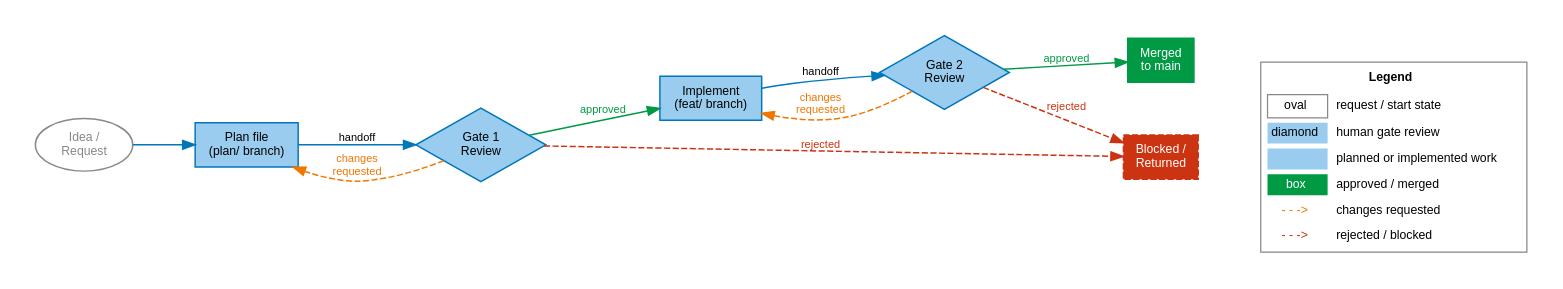
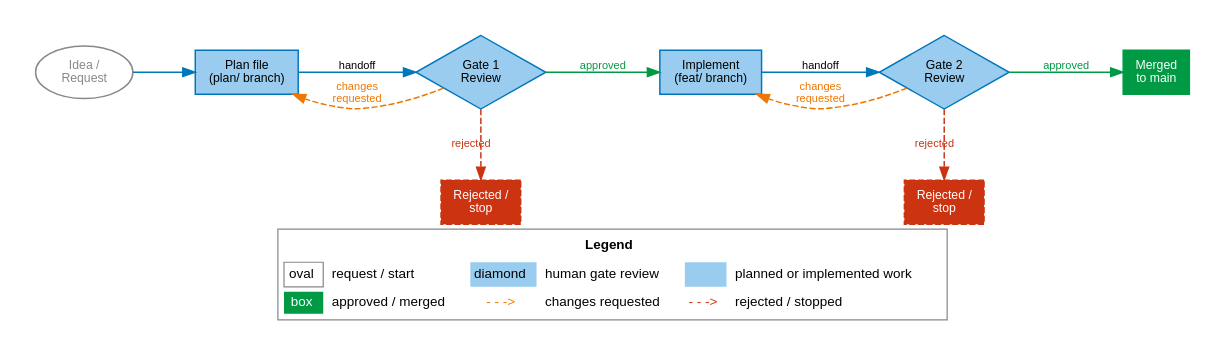
Before and after one commit to janipaijanen/agf-mirror: the diagram in agf/docs/figures/src/gate-pipeline.dot, drawn with Graphviz. The commit also changed 3 other files, not shown here.

Commit message:
docs: repair gate pipeline legend layout

```diff
--- a/agf/docs/figures/src/gate-pipeline.dot
+++ b/agf/docs/figures/src/gate-pipeline.dot
@@ -1,50 +1,56 @@
 // SPDX-License-Identifier: CC-BY-SA-4.0
 // agents-govern: Gate 1 / Gate 2 pipeline
 // Generate: dot -Tsvg gate-pipeline.dot -o ../gate-pipeline.svg
 digraph gate_pipeline {
     graph [rankdir=LR, splines=spline, pad=0.3, nodesep=0.4, ranksep=0.7,
-           fontname="Helvetica", fontsize=11]
+           fontname="Helvetica", fontsize=11, labelloc=b, label=<
+        <TABLE BORDER="1" CELLBORDER="0" CELLSPACING="4" CELLPADDING="3" COLOR="#888888" BGCOLOR="white">
+            <TR><TD COLSPAN="6"><B>Legend</B></TD></TR>
+            <TR>
+                <TD BORDER="1" COLOR="#888888" WIDTH="28">oval</TD><TD ALIGN="LEFT">request / start</TD>
+                <TD BGCOLOR="#99CCEE" WIDTH="28">diamond</TD><TD ALIGN="LEFT">human gate review</TD>
+                <TD BGCOLOR="#99CCEE" WIDTH="28"></TD><TD ALIGN="LEFT">planned or implemented work</TD>
+            </TR>
+            <TR>
+                <TD BGCOLOR="#009944" WIDTH="28"><FONT COLOR="white">box</FONT></TD><TD ALIGN="LEFT">approved / merged</TD>
+                <TD><FONT COLOR="#EE7700">- - -&gt;</FONT></TD><TD ALIGN="LEFT">changes requested</TD>
+                <TD><FONT COLOR="#CC3311">- - -&gt;</FONT></TD><TD ALIGN="LEFT">rejected / stopped</TD>
+            </TR>
+        </TABLE>
+    >]
     node  [fontname="Helvetica", fontsize=10, style=filled, shape=box,
            fillcolor="#99CCEE", color="#0077BB", penwidth=1.2]
     edge  [fontname="Helvetica", fontsize=9, color="#0077BB", penwidth=1.2]
 
     idea     [label="Idea /\nRequest", shape=ellipse, fillcolor=white,
               color="#888888", fontcolor="#888888"]
     plan     [label="Plan file\n(plan/ branch)"]
     gate1    [label="Gate 1\nReview", shape=diamond, fillcolor="#99CCEE",
               color="#0077BB"]
     impl     [label="Implement\n(feat/ branch)"]
     gate2    [label="Gate 2\nReview", shape=diamond, fillcolor="#99CCEE",
               color="#0077BB"]
     merged   [label="Merged\nto main", fillcolor="#009944", fontcolor=white,
               color="#009944"]
-    blocked  [label="Blocked /\nReturned", fillcolor="#CC3311", fontcolor=white,
-              color="#CC3311", style="filled,dashed"]
+    rejected1 [label="Rejected /\nstop", fillcolor="#CC3311", fontcolor=white,
+               color="#CC3311", style="filled,dashed"]
+    rejected2 [label="Rejected /\nstop", fillcolor="#CC3311", fontcolor=white,
+               color="#CC3311", style="filled,dashed"]
 
     idea  -> plan
     plan  -> gate1  [label="handoff"]
     gate1 -> impl   [label="approved", color="#009944", fontcolor="#009944"]
     gate1 -> plan   [label="changes\nrequested", style=dashed, color="#EE7700",
                      fontcolor="#EE7700"]
-    gate1 -> blocked [label="rejected", style=dashed, color="#CC3311",
-                      fontcolor="#CC3311"]
+    gate1 -> rejected1 [label="rejected", style=dashed, color="#CC3311",
+                        fontcolor="#CC3311", constraint=false]
     impl  -> gate2  [label="handoff"]
     gate2 -> merged [label="approved", color="#009944", fontcolor="#009944"]
     gate2 -> impl   [label="changes\nrequested", style=dashed, color="#EE7700",
                      fontcolor="#EE7700"]
-    gate2 -> blocked [label="rejected", style=dashed, color="#CC3311",
-                      fontcolor="#CC3311"]
+    gate2 -> rejected2 [label="rejected", style=dashed, color="#CC3311",
+                        fontcolor="#CC3311", constraint=false]
 
-    legend [shape=plain, label=<
-        <TABLE BORDER="1" CELLBORDER="0" CELLSPACING="4" CELLPADDING="3" COLOR="#888888" BGCOLOR="white">
-            <TR><TD COLSPAN="2"><B>Legend</B></TD></TR>
-            <TR><TD BORDER="1" COLOR="#888888" WIDTH="28">oval</TD><TD ALIGN="LEFT">request / start state</TD></TR>
-            <TR><TD BGCOLOR="#99CCEE" WIDTH="28">diamond</TD><TD ALIGN="LEFT">human gate review</TD></TR>
-            <TR><TD BGCOLOR="#99CCEE" WIDTH="28"></TD><TD ALIGN="LEFT">planned or implemented work</TD></TR>
-            <TR><TD BGCOLOR="#009944" WIDTH="28"><FONT COLOR="white">box</FONT></TD><TD ALIGN="LEFT">approved / merged</TD></TR>
-            <TR><TD><FONT COLOR="#EE7700">- - -&gt;</FONT></TD><TD ALIGN="LEFT">changes requested</TD></TR>
-            <TR><TD><FONT COLOR="#CC3311">- - -&gt;</FONT></TD><TD ALIGN="LEFT">rejected / blocked</TD></TR>
-        </TABLE>
-    >]
-    blocked -> legend [style=invis]
+    { rank=same; gate1; rejected1 }
+    { rank=same; gate2; rejected2 }
 }
```
